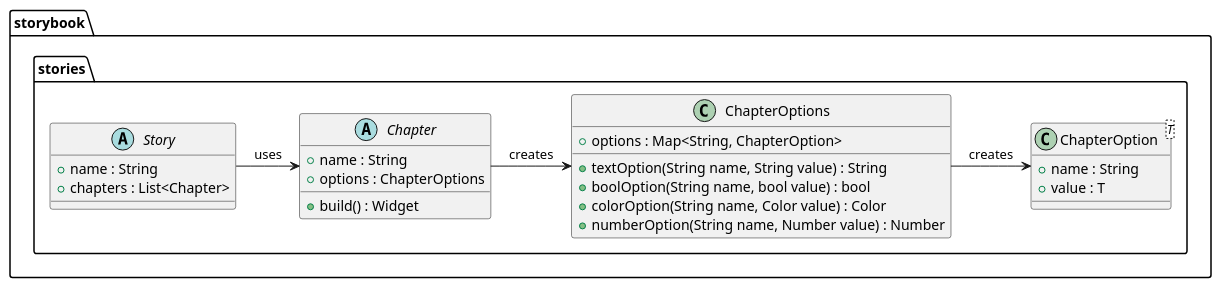
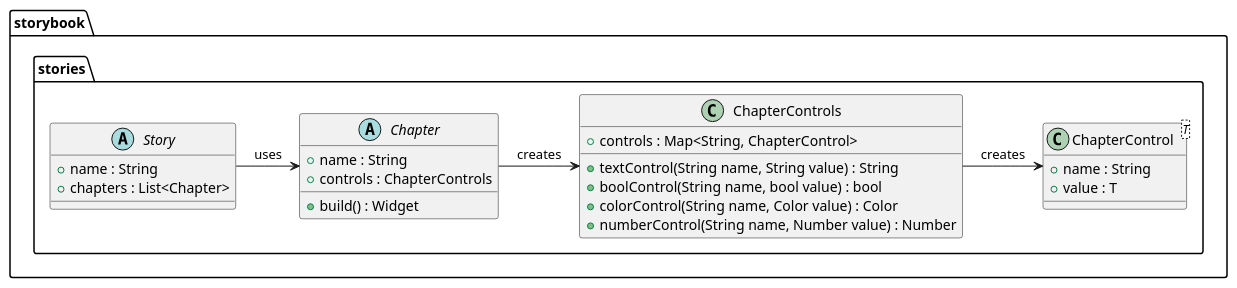
Before and after one commit to Flank/flank-dashboard: the diagram in metrics/web/docs/features/storybook/diagrams/metrics_storybook_stories_class_diagram.puml, drawn with PlantUML. The commit also changed 4 other files, not shown here.

Commit message:
Update chapter and chapter controls methods and namings

```diff
--- a/metrics/web/docs/features/storybook/diagrams/metrics_storybook_stories_class_diagram.puml
+++ b/metrics/web/docs/features/storybook/diagrams/metrics_storybook_stories_class_diagram.puml
@@ -1,37 +1,37 @@
 @startuml metrics_storybook_class_diagram
 
 package storybook {
     package stories {
         abstract class Story {
             + name : String
             + chapters : List<Chapter>
         }
 
         abstract class Chapter {
             + name : String
-            + options : ChapterOptions
+            + controls : ChapterControls
 
             + build() : Widget
         }
 
-        class ChapterOptions {
-            + options : Map<String, ChapterOption>
+        class ChapterControls {
+            + controls : Map<String, ChapterControl>
 
-            + textOption(String name, String value) : String
-            + boolOption(String name, bool value) : bool
-            + colorOption(String name, Color value) : Color
-            + numberOption(String name, Number value) : Number
+            + textControl(String name, String value) : String
+            + boolControl(String name, bool value) : bool
+            + colorControl(String name, Color value) : Color
+            + numberControl(String name, Number value) : Number
         }
 
-        class ChapterOption<T> {
+        class ChapterControl<T> {
             + name : String
             + value : T
         }
     }
 }
 
 Story -right-> Chapter : uses
-Chapter -right-> ChapterOptions : creates
-ChapterOptions -> ChapterOption : creates
+Chapter -right-> ChapterControls : creates
+ChapterControls -> ChapterControl : creates
 
 @enduml
```
